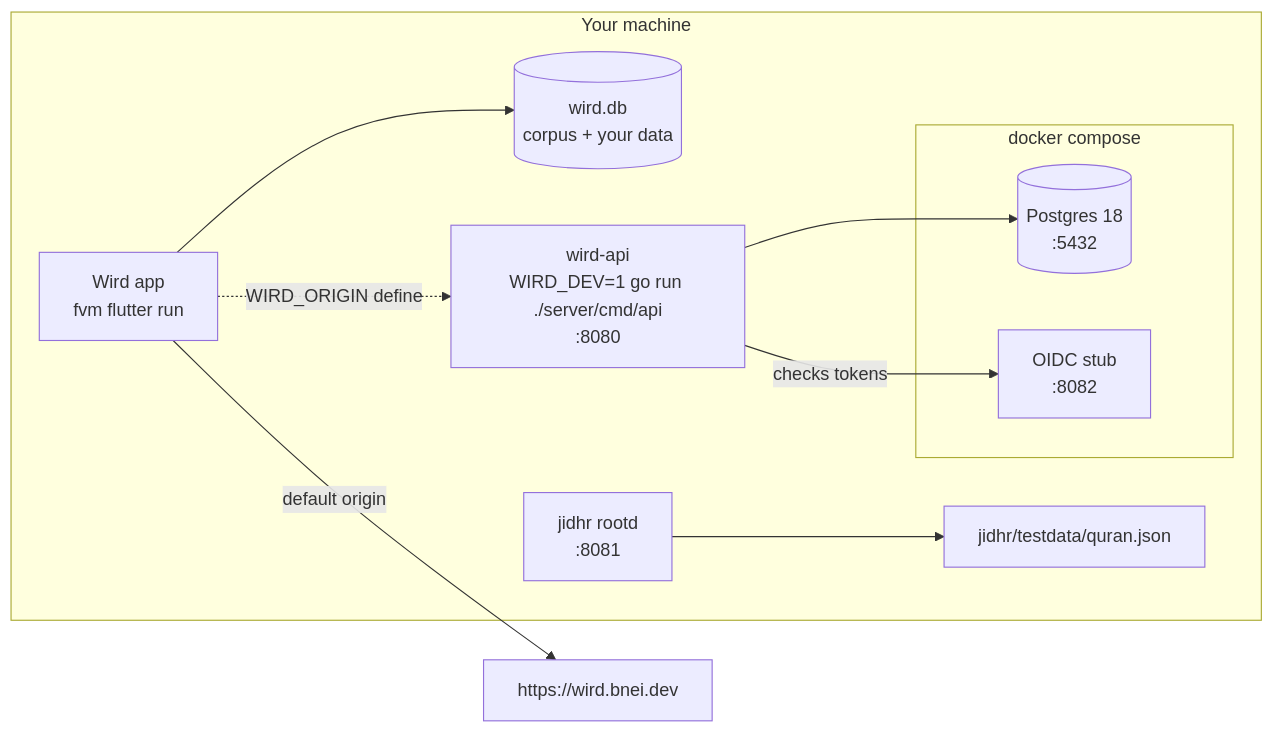
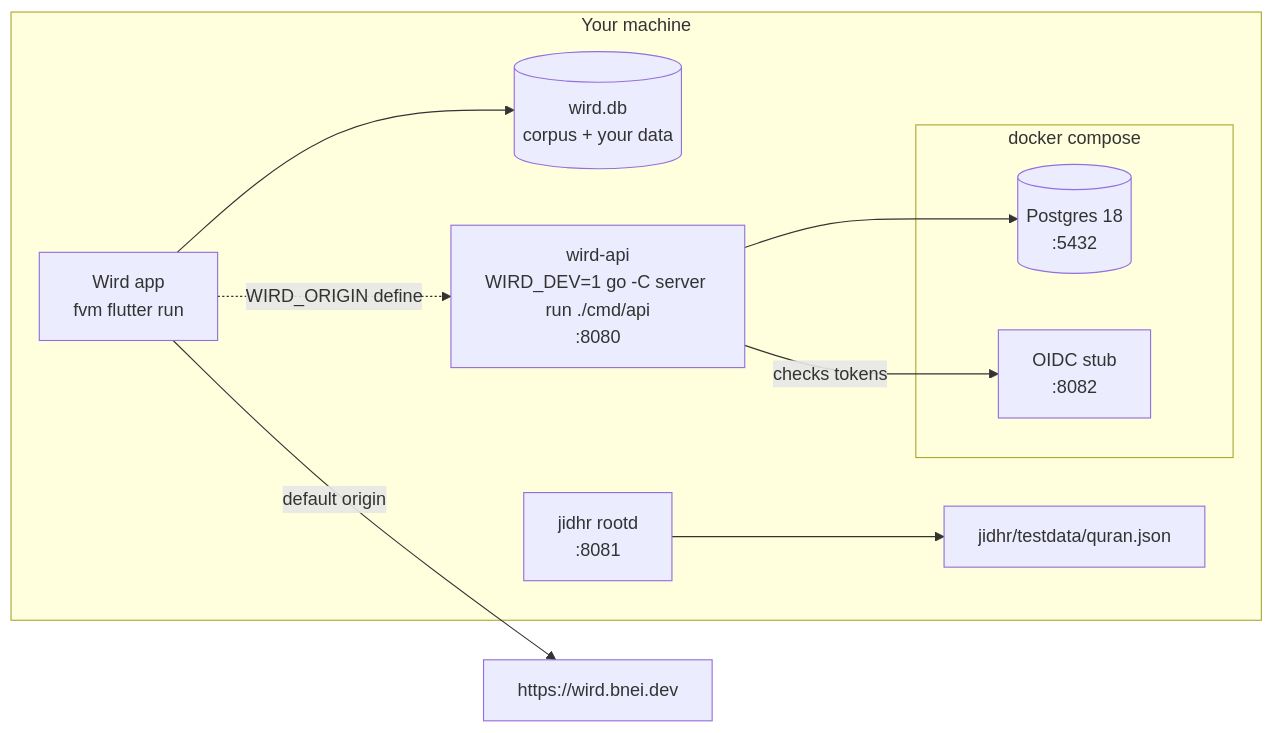
One commit to MohammadBnei/wird changed the diagram in docs/guides/getting-started.md. Above: the diagram before and after it, drawn with Mermaid. The commit also changed other lines of this file and 19 other files, not shown here.

````diff
--- a/docs/guides/getting-started.md
+++ b/docs/guides/getting-started.md
@@ -7,21 +7,21 @@
 ```mermaid
 flowchart LR
   subgraph mac["Your machine"]
     app["Wird app<br/>fvm flutter run"]
     db[("wird.db<br/>corpus + your data")]
-    api["wird-api<br/>WIRD_DEV=1 go run ./server/cmd/api<br/>:8080"]
+    api["wird-api<br/>WIRD_DEV=1 go -C server run ./cmd/api<br/>:8080"]
     rootd["jidhr rootd<br/>:8081"]
     json["jidhr/testdata/quran.json"]
     subgraph compose["docker compose"]
       pg[("Postgres 18<br/>:5432")]
       stub["OIDC stub<br/>:8082"]
     end
   end
   live["https://wird.bnei.dev"]
   app --> db
   app -->|"default origin"| live
   app -.->|"WIRD_ORIGIN define"| api
   api --> pg
   api -->|checks tokens| stub
   rootd --> json
 ```
````
